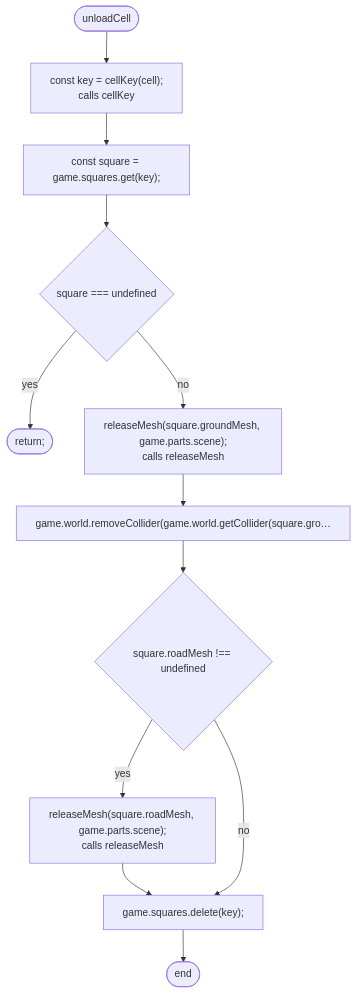
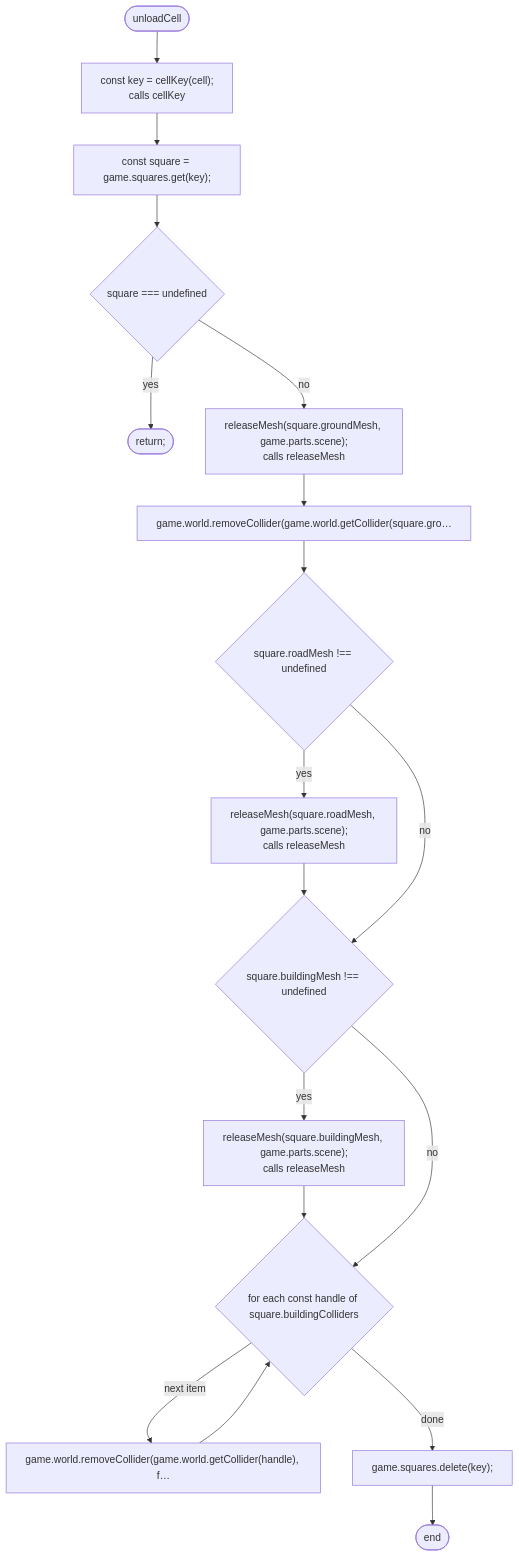
The eighth of 10 diagrams in docs/flows/src/game/streaming.md (NewDara-Star/world-engine), drawn with Mermaid before and after one commit. The commit also changed other lines of this file and 306 other files, not shown here.

````diff
--- a/docs/flows/src/game/streaming.md
+++ b/docs/flows/src/game/streaming.md
@@ -135,25 +231,35 @@
 ```mermaid
 flowchart TD
   n1(["unloadCell"])
   n2["const key = cellKey(cell);<br/>calls cellKey"]
   n3["const square = game.squares.get(key);"]
   n4{"square === undefined"}
   n5(["return;"])
   n6["releaseMesh(square.groundMesh, game.parts.scene);<br/>calls releaseMesh"]
   n7["game.world.removeCollider(game.world.getCollider(square.gro…"]
   n8{"square.roadMesh !== undefined"}
   n9["releaseMesh(square.roadMesh, game.parts.scene);<br/>calls releaseMesh"]
-  n10["game.squares.delete(key);"]
-  n11(["end"])
+  n10{"square.buildingMesh !== undefined"}
+  n11["releaseMesh(square.buildingMesh, game.parts.scene);<br/>calls releaseMesh"]
+  n12{"for each const handle of square.buildingColliders"}
+  n13["game.world.removeCollider(game.world.getCollider(handle), f…"]
+  n14["game.squares.delete(key);"]
+  n15(["end"])
   n1 --> n2
   n2 --> n3
   n3 --> n4
   n4 -->|"yes"| n5
   n4 -->|"no"| n6
   n6 --> n7
   n7 --> n8
   n8 -->|"yes"| n9
   n9 --> n10
   n8 -->|"no"| n10
-  n10 --> n11
+  n10 -->|"yes"| n11
+  n11 --> n12
+  n10 -->|"no"| n12
+  n12 -->|"next item"| n13
+  n13 --> n12
+  n12 -->|"done"| n14
+  n14 --> n15
 ```
````
